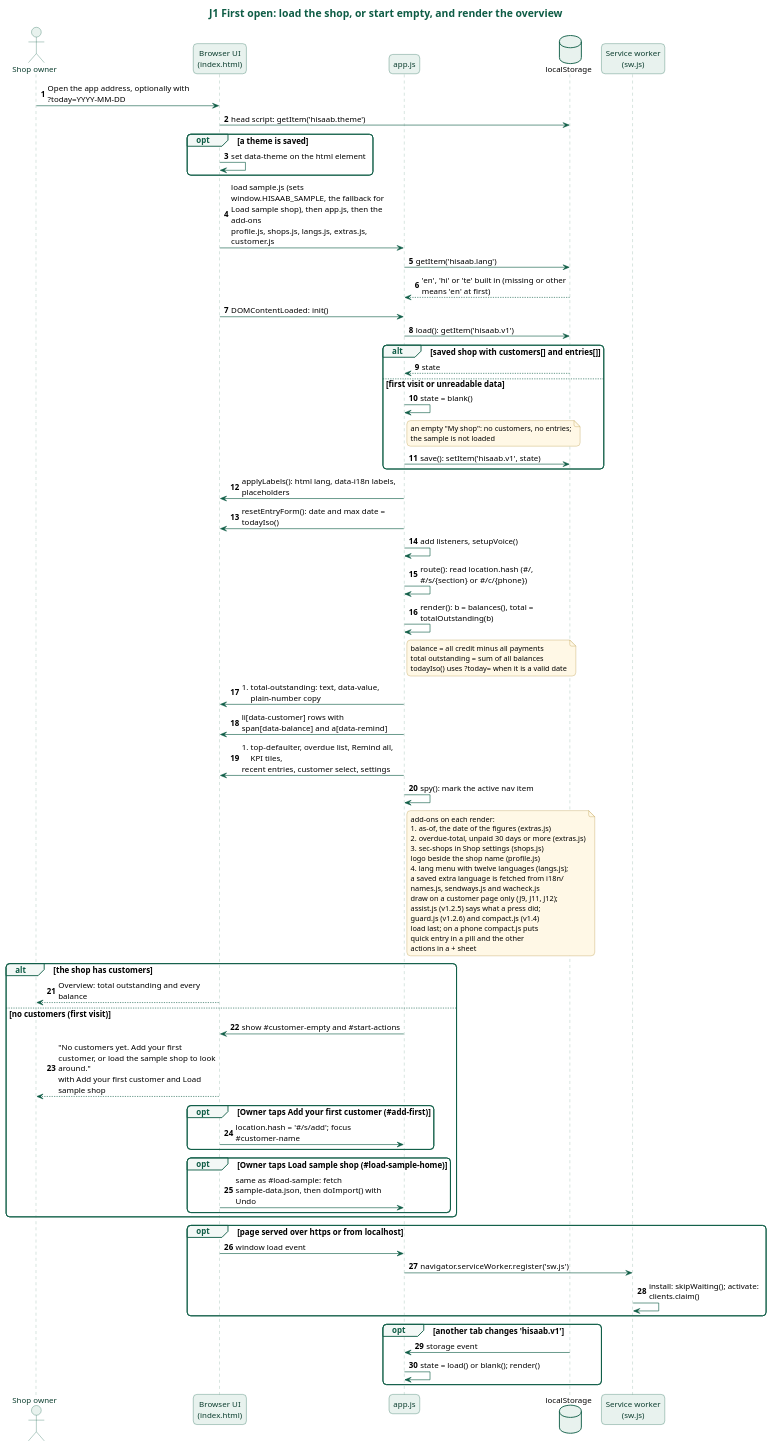
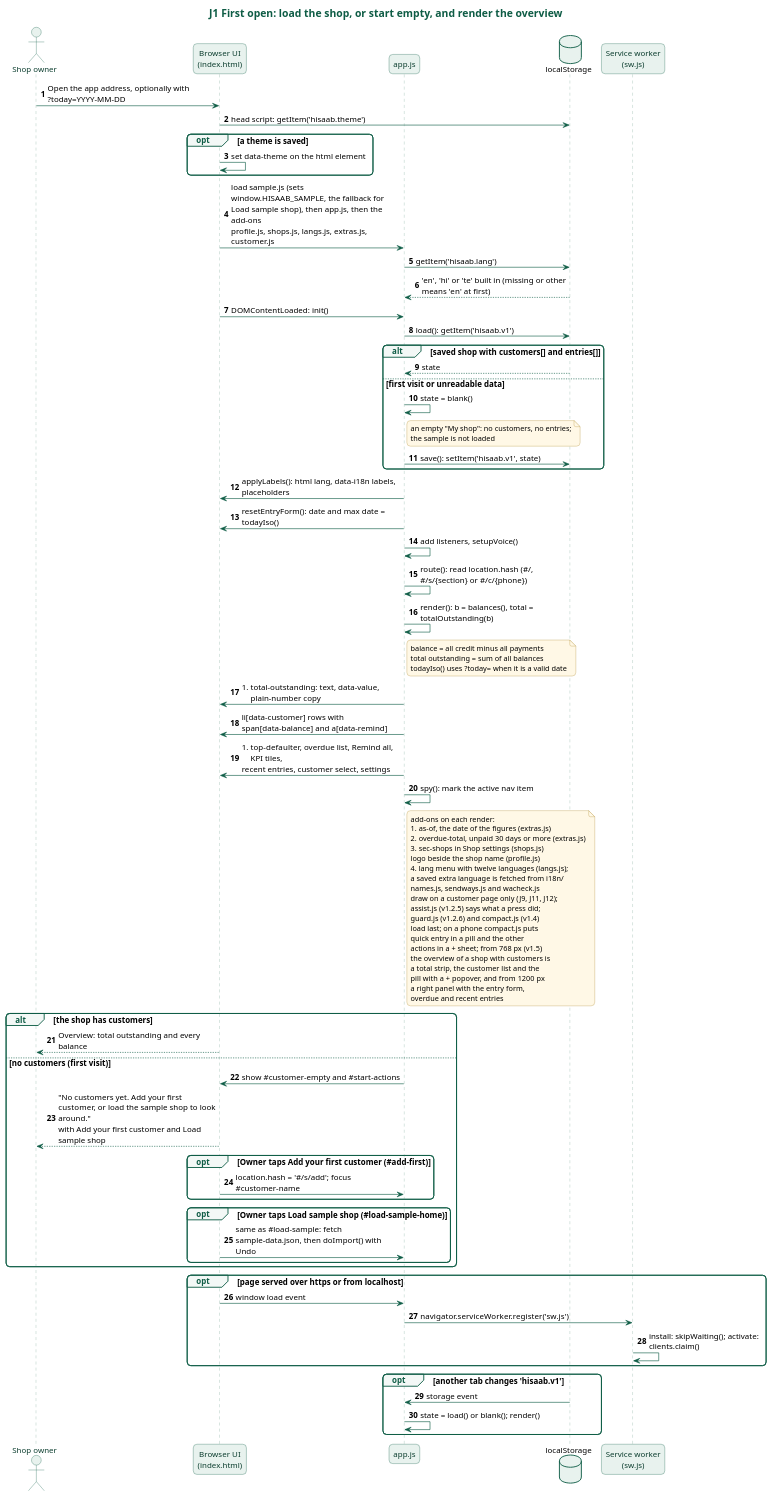
The diagram in docs/diagrams/j1-first-open.puml (karwasanjay007/hisaab-docs), drawn with PlantUML before and after one commit. The commit also changed 18 other files, not shown here.

```diff
--- a/docs/diagrams/j1-first-open.puml
+++ b/docs/diagrams/j1-first-open.puml
@@ -1,114 +1,119 @@
 @startuml j1-first-open
 title J1 First open: load the shop, or start empty, and render the overview
 skinparam backgroundColor white
 skinparam defaultFontName "Noto Sans"
 skinparam defaultFontSize 13
 skinparam roundCorner 12
 skinparam shadowing false
 skinparam maxMessageSize 260
 skinparam titleFontSize 17
 skinparam titleFontColor #0E5C45
 skinparam sequenceMessageAlign left
 skinparam responseMessageBelowArrow true
 skinparam sequence {
   ArrowColor #0E5C45
   LifeLineBorderColor #7FA89A
   LifeLineBackgroundColor #E8F2EE
   ParticipantBorderColor #0E5C45
   ParticipantBackgroundColor #E8F2EE
   ParticipantFontColor #0B3D2E
   ActorBorderColor #0E5C45
   ActorBackgroundColor #E8F2EE
   ActorFontColor #0B3D2E
   GroupBorderColor #0E5C45
   GroupHeaderFontColor #0E5C45
   GroupBackgroundColor #F3F8F6
   DividerBorderColor #0E5C45
   DividerBackgroundColor #E8F2EE
   DividerFontColor #0B3D2E
   BoxBorderColor #0E5C45
 }
 skinparam database {
   BorderColor #0E5C45
   BackgroundColor #E8F2EE
 }
 skinparam note {
   BorderColor #B08A2E
   BackgroundColor #FFF8E6
   FontSize 12
 }
 actor "Shop owner" as Owner
 participant "Browser UI\n(index.html)" as UI
 participant "app.js" as App
 database "localStorage" as LS
 participant "Service worker\n(sw.js)" as SW
 autonumber
 Owner -> UI : Open the app address, optionally with ?today=YYYY-MM-DD
 UI -> LS : head script: getItem('hisaab.theme')
 opt a theme is saved
   UI -> UI : set data-theme on the html element
 end
 UI -> App : load sample.js (sets window.HISAAB_SAMPLE, the fallback for Load sample shop), then app.js, then the add-ons\nprofile.js, shops.js, langs.js, extras.js, customer.js
 App -> LS : getItem('hisaab.lang')
 LS --> App : 'en', 'hi' or 'te' built in (missing or other means 'en' at first)
 UI -> App : DOMContentLoaded: init()
 App -> LS : load(): getItem('hisaab.v1')
 alt saved shop with customers[] and entries[]
   LS --> App : state
 else first visit or unreadable data
   App -> App : state = blank()
   note right of App : an empty "My shop": no customers, no entries;\nthe sample is not loaded
   App -> LS : save(): setItem('hisaab.v1', state)
 end
 App -> UI : applyLabels(): html lang, data-i18n labels, placeholders
 App -> UI : resetEntryForm(): date and max date = todayIso()
 App -> App : add listeners, setupVoice()
 App -> App : route(): read location.hash (#/, #/s/{section} or #/c/{phone})
 App -> App : render(): b = balances(), total = totalOutstanding(b)
 note right of App
   balance = all credit minus all payments
   total outstanding = sum of all balances
   todayIso() uses ?today= when it is a valid date
 end note
 App -> UI : #total-outstanding: text, data-value, plain-number copy
 App -> UI : li[data-customer] rows with span[data-balance] and a[data-remind]
 App -> UI : #top-defaulter, overdue list, Remind all, KPI tiles,\nrecent entries, customer select, settings
 App -> App : spy(): mark the active nav item
 note right of App
   add-ons on each render:
   #as-of, the date of the figures (extras.js)
   #overdue-total, unpaid 30 days or more (extras.js)
   #sec-shops in Shop settings (shops.js)
   logo beside the shop name (profile.js)
   #lang menu with twelve languages (langs.js);
   a saved extra language is fetched from i18n/
   names.js, sendways.js and wacheck.js
   draw on a customer page only (J9, J11, J12);
   assist.js (v1.2.5) says what a press did;
   guard.js (v1.2.6) and compact.js (v1.4)
   load last; on a phone compact.js puts
   quick entry in a pill and the other
-  actions in a + sheet
+  actions in a + sheet; from 768 px (v1.5)
+  the overview of a shop with customers is
+  a total strip, the customer list and the
+  pill with a + popover, and from 1200 px
+  a right panel with the entry form,
+  overdue and recent entries
 end note
 alt the shop has customers
   UI --> Owner : Overview: total outstanding and every balance
 else no customers (first visit)
   App -> UI : show #customer-empty and #start-actions
   UI --> Owner : "No customers yet. Add your first customer, or load the sample shop to look around."\nwith Add your first customer and Load sample shop
   opt Owner taps Add your first customer (#add-first)
     UI -> App : location.hash = '#/s/add'; focus #customer-name
   end
   opt Owner taps Load sample shop (#load-sample-home)
     UI -> App : same as #load-sample: fetch sample-data.json, then doImport() with Undo
   end
 end
 opt page served over https or from localhost
   UI -> App : window load event
   App -> SW : navigator.serviceWorker.register('sw.js')
   SW -> SW : install: skipWaiting(); activate: clients.claim()
 end
 opt another tab changes 'hisaab.v1'
   LS -> App : storage event
   App -> App : state = load() or blank(); render()
 end
 @enduml
```
